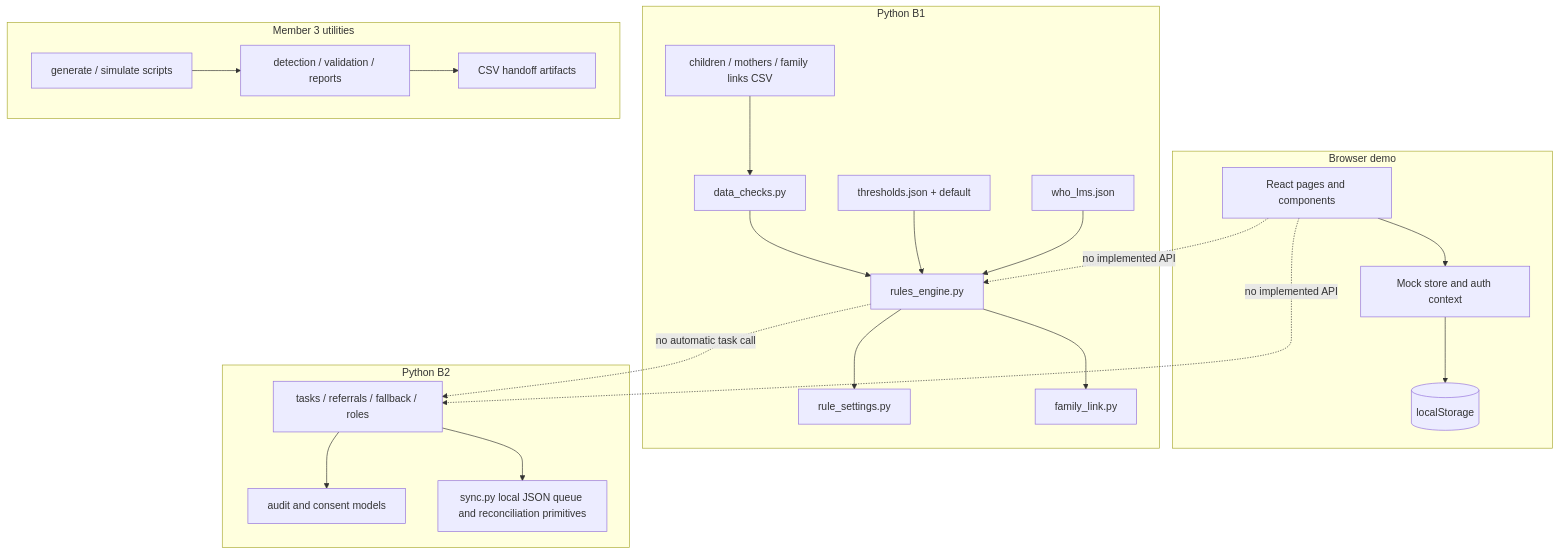
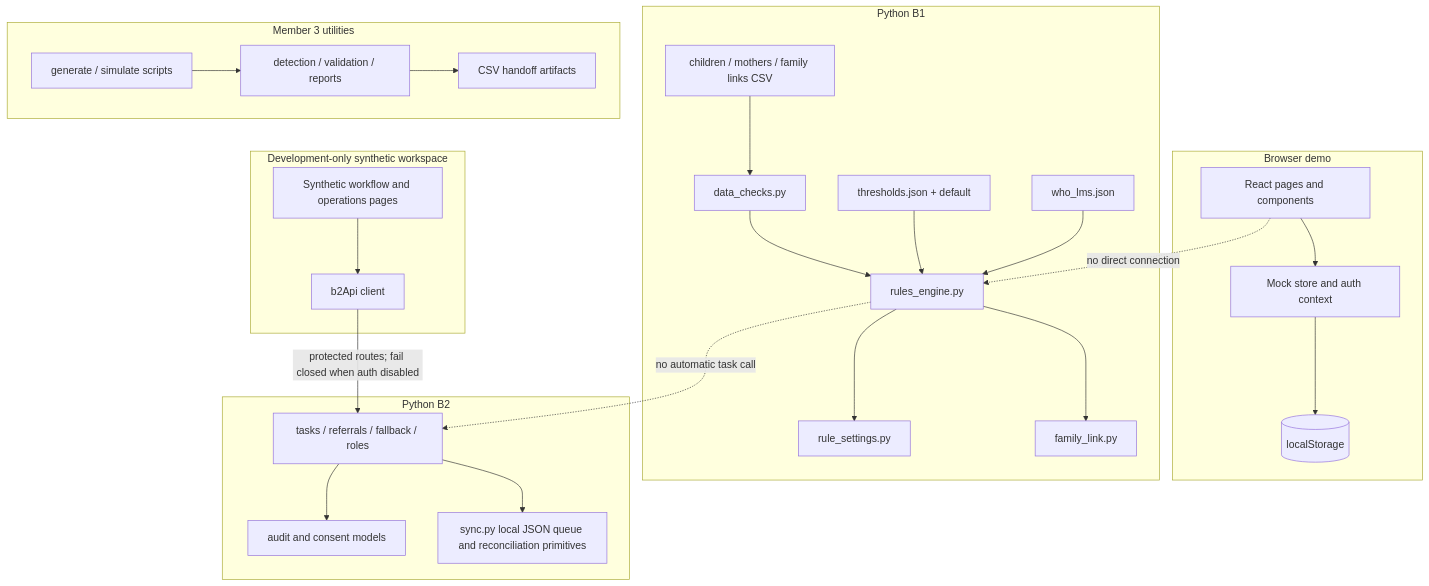
One commit to Kaur026/IIT_B changed the diagram in docs/architecture.md. Above: the diagram before and after it, drawn with Mermaid. The commit also changed other lines of this file and 119 other files, not shown here.

````diff
--- a/docs/architecture.md
+++ b/docs/architecture.md
@@ -7,39 +7,44 @@
 ```mermaid
 flowchart TB
   subgraph Browser[Browser demo]
     UI[React pages and components]
     State[Mock store and auth context]
     Persist[(localStorage)]
     UI --> State --> Persist
+  end
+  subgraph SyntheticWorkspace[Development-only synthetic workspace]
+    B2UI[Synthetic workflow and operations pages]
+    B2Client[b2Api client]
+    B2UI --> B2Client
   end
   subgraph B1[Python B1]
     CSV[children / mothers / family links CSV]
     Thresholds[thresholds.json + default]
     LMS[who_lms.json]
     Quality[data_checks.py]
     Rules[rules_engine.py]
     Settings[rule_settings.py]
     Family[family_link.py]
     CSV --> Quality --> Rules
     Thresholds --> Rules
     LMS --> Rules
     Rules --> Settings
     Rules --> Family
   end
   subgraph B2[Python B2]
     Workflow[tasks / referrals / fallback / roles]
     Records[audit and consent models]
     Queue[sync.py local JSON queue and reconciliation primitives]
     Workflow --> Records
     Workflow --> Queue
   end
   subgraph Sim[Member 3 utilities]
     Generate[generate / simulate scripts]
     Analyze[detection / validation / reports]
     Handoff[CSV handoff artifacts]
     Generate --> Analyze --> Handoff
   end
-  UI -. no implemented API .-> Rules
-  UI -. no implemented API .-> Workflow
+  B2Client -->|protected routes; fail closed when auth disabled| Workflow
+  UI -. no direct connection .-> Rules
   Rules -. no automatic task call .-> Workflow
 ```
````
